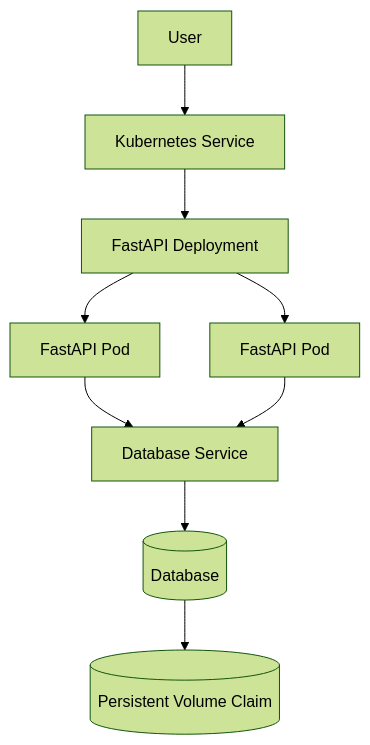
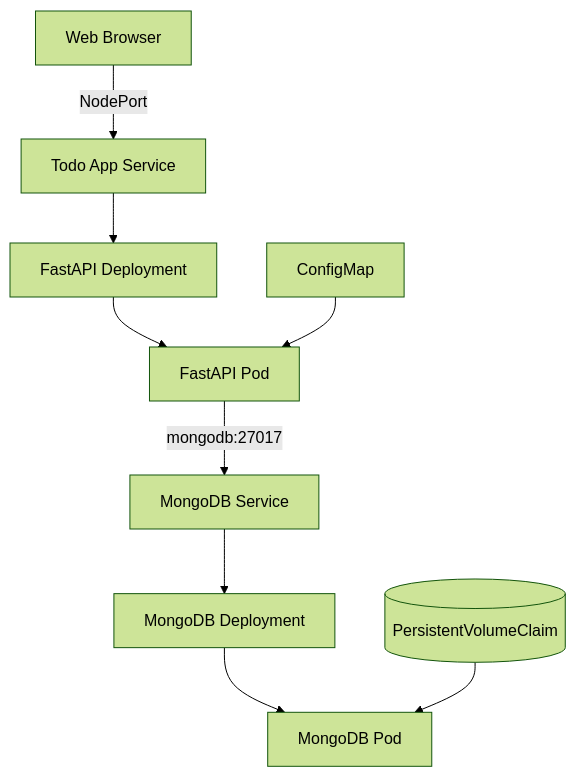
Before and after one commit to JakubSx01/Todo_DevOps_project: the third of 5 diagrams in README.md, drawn with Mermaid (forest theme). The commit also changed other lines of this file, not shown here.

Commit message:
Update README with current Docker and Kubernetes progress

````diff
--- a/README.md
+++ b/README.md
@@ -272,19 +165,16 @@
 ```mermaid
 flowchart TD
+    USER[Web Browser]
 
-    USER[User]
+    USER -->|NodePort| APP_SERVICE[Todo App Service]
+    APP_SERVICE --> APP_DEPLOY[FastAPI Deployment]
+    APP_DEPLOY --> APP_POD[FastAPI Pod]
 
-    USER --> SERVICE[Kubernetes Service]
+    CONFIG[ConfigMap] --> APP_POD
 
-    SERVICE --> DEPLOY[FastAPI Deployment]
+    APP_POD -->|mongodb:27017| DB_SERVICE[MongoDB Service]
+    DB_SERVICE --> DB_DEPLOY[MongoDB Deployment]
+    DB_DEPLOY --> DB_POD[MongoDB Pod]
 
-    DEPLOY --> POD1[FastAPI Pod]
-    DEPLOY --> POD2[FastAPI Pod]
-
-    POD1 --> DBSERVICE[Database Service]
-    POD2 --> DBSERVICE
-
-    DBSERVICE --> DB[(Database)]
-
-    DB --> PVC[(Persistent Volume Claim)]
+    PVC[(PersistentVolumeClaim)] --> DB_POD
 ```
````
